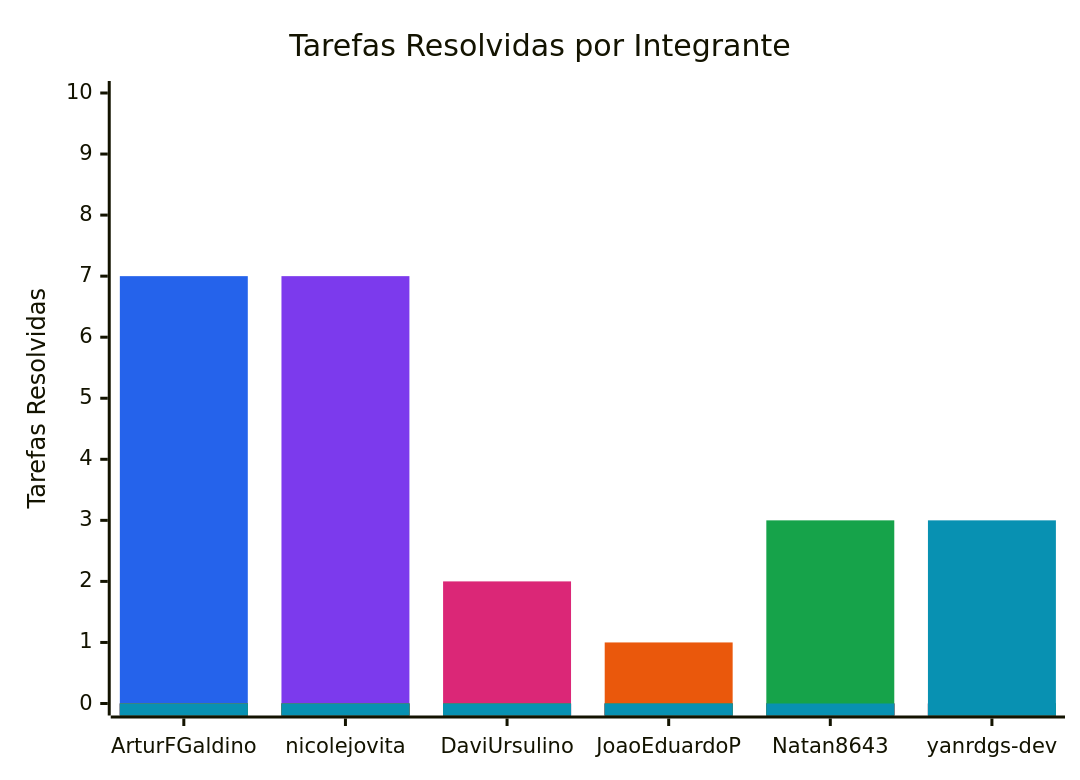
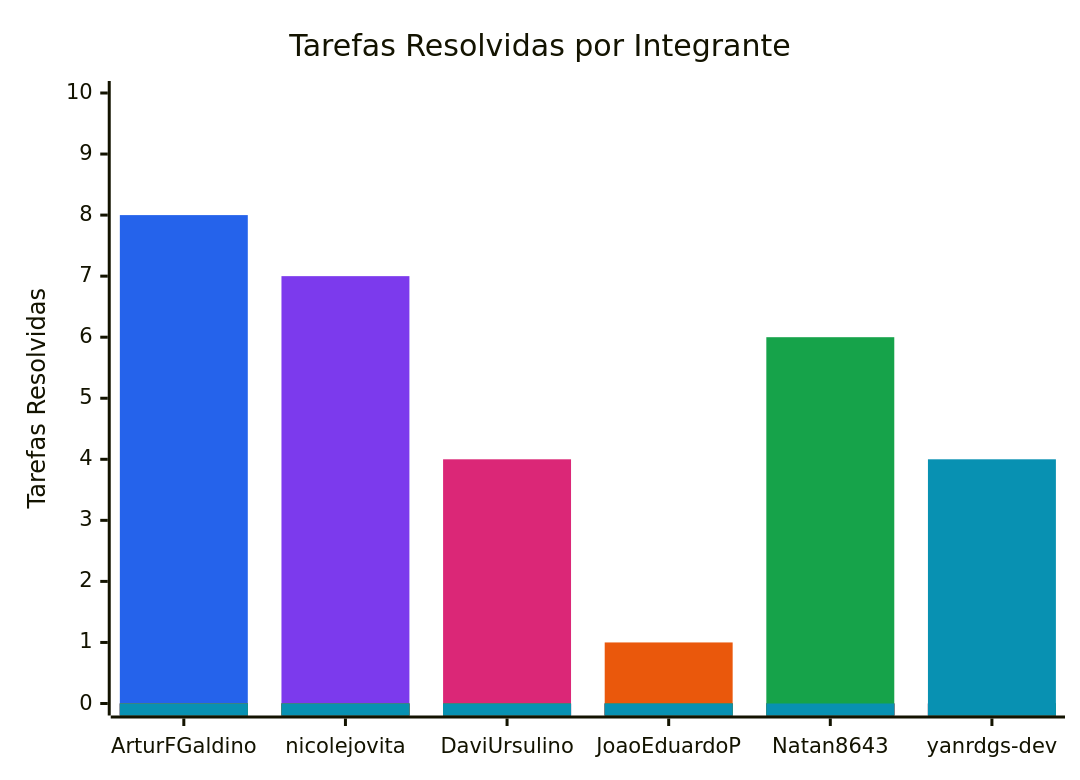
Before and after one commit to FCTE-Qualidade-de-Software-1/2026-2_T02_KAY_MCNULTY: the diagram in snippets/resolved-issues.mmd, drawn with Mermaid. The commit also changed 11 other files, not shown here.

```diff
--- a/snippets/resolved-issues.mmd
+++ b/snippets/resolved-issues.mmd
@@ -1,11 +1,11 @@
 %%{init: {"themeVariables": {"xyChart": {"plotColorPalette": "#2563eb, #7c3aed, #db2777, #ea580c, #16a34a, #0891b2"}}}}%%
 xychart-beta
     title "Tarefas Resolvidas por Integrante"
     x-axis ["ArturFGaldino", "nicolejovita", "DaviUrsulino", "JoaoEduardoP", "Natan8643", "yanrdgs-dev"]
     y-axis "Tarefas Resolvidas" 0 --> 10
-    bar [7, 0, 0, 0, 0, 0]
+    bar [8, 0, 0, 0, 0, 0]
     bar [0, 7, 0, 0, 0, 0]
-    bar [0, 0, 2, 0, 0, 0]
+    bar [0, 0, 4, 0, 0, 0]
     bar [0, 0, 0, 1, 0, 0]
-    bar [0, 0, 0, 0, 3, 0]
-    bar [0, 0, 0, 0, 0, 3]
+    bar [0, 0, 0, 0, 6, 0]
+    bar [0, 0, 0, 0, 0, 4]
```
